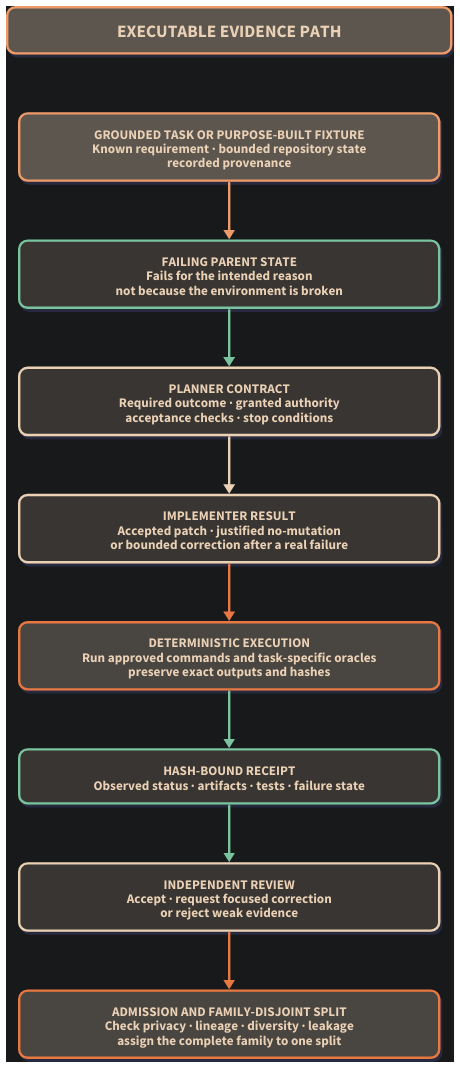
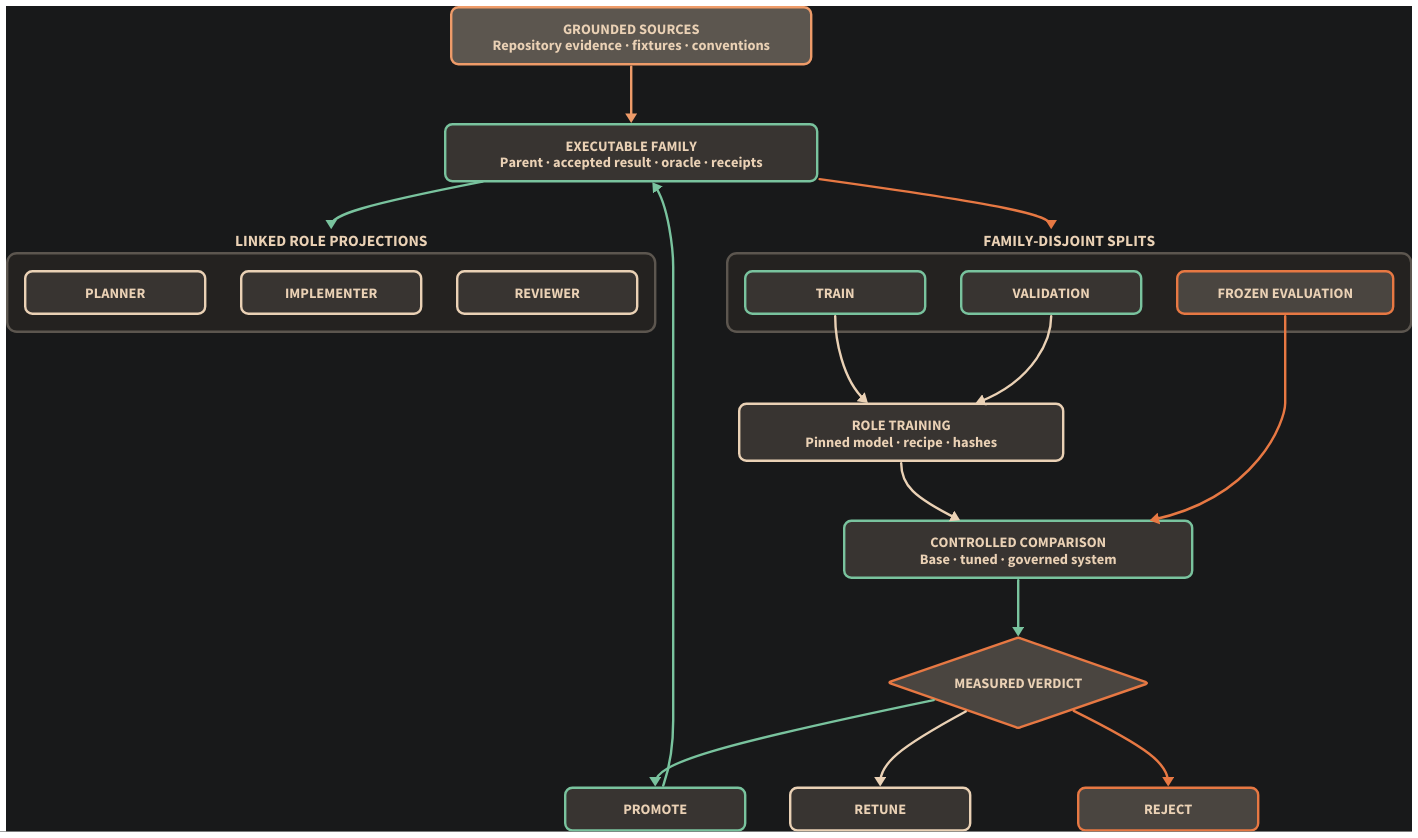
The diagram in docs/diagrams/03_executable_evidence_path.d2 (evoclock/local-model-workforce), drawn with D2 before and after one commit. The commit also changed 43 other files, not shown here.

Commit message:
publish local model workforce evidence

```diff
--- a/docs/diagrams/03_executable_evidence_path.d2
+++ b/docs/diagrams/03_executable_evidence_path.d2
@@ -1,29 +1,45 @@
-# Public corpus diagram. Uses the shared Local Model Workforce palette.
+# Public corpus, training, and evaluation map.
 direction: down
 style.fill: "#18191a"
-
 classes: {
-  posture: { style: { fill: "#5c564f"; stroke: "#ee9b69"; stroke-width: 4; border-radius: 14; font-color: "#ead1b5"; font-size: 22; bold: true; shadow: true } }
-  evidence: { style: { fill: "#383431"; stroke: "#79c39e"; stroke-width: 4; border-radius: 14; font-color: "#ead1b5"; font-size: 22; bold: true; shadow: true } }
-  control: { style: { fill: "#4a4540"; stroke: "#e77843"; stroke-width: 4; border-radius: 14; font-color: "#ead1b5"; font-size: 22; bold: true; shadow: true } }
-  role: { style: { fill: "#383431"; stroke: "#ead1b5"; stroke-width: 4; border-radius: 14; font-color: "#ead1b5"; font-size: 22; bold: true; shadow: true } }
+ source: { style: { fill: "#5c564f"; stroke: "#ee9b69"; stroke-width: 4; border-radius: 12; font-color: "#ead1b5"; font-size: 24; bold: true } }
+ evidence: { style: { fill: "#383431"; stroke: "#79c39e"; stroke-width: 4; border-radius: 12; font-color: "#ead1b5"; font-size: 24; bold: true } }
+ role: { style: { fill: "#383431"; stroke: "#ead1b5"; stroke-width: 4; border-radius: 12; font-color: "#ead1b5"; font-size: 24; bold: true } }
+ control: { style: { fill: "#4a4540"; stroke: "#e77843"; stroke-width: 4; border-radius: 12; font-color: "#ead1b5"; font-size: 24; bold: true } }
 }
-
-title: "EXECUTABLE EVIDENCE PATH" { class: posture; style.font-size: 29; width: 740 }
-source: "GROUNDED TASK OR PURPOSE-BUILT FIXTURE\nKnown requirement · bounded repository state\nrecorded provenance" { class: posture; width: 700 }
-parent: "FAILING PARENT STATE\nFails for the intended reason\nnot because the environment is broken" { class: evidence; width: 700 }
-dispatch: "PLANNER CONTRACT\nRequired outcome · granted authority\nacceptance checks · stop conditions" { class: role; width: 700 }
-implementation: "IMPLEMENTER RESULT\nAccepted patch · justified no-mutation\nor bounded correction after a real failure" { class: role; width: 700 }
-execution: "DETERMINISTIC EXECUTION\nRun approved commands and task-specific oracles\npreserve exact outputs and hashes" { class: control; width: 700 }
-receipt: "HASH-BOUND RECEIPT\nObserved status · artifacts · tests · failure state" { class: evidence; width: 700 }
-review: "INDEPENDENT REVIEW\nAccept · request focused correction\nor reject weak evidence" { class: role; width: 700 }
-admission: "ADMISSION AND FAMILY-DISJOINT SPLIT\nCheck privacy · lineage · diversity · leakage\nassign the complete family to one split" { class: control; width: 700 }
-
-title -> source: { style.opacity: 0 }
-source -> parent: { style.stroke: "#ee9b69"; style.stroke-width: 4 }
-parent -> dispatch: { style.stroke: "#79c39e"; style.stroke-width: 4 }
-dispatch -> implementation: { style.stroke: "#ead1b5"; style.stroke-width: 4 }
-implementation -> execution: { style.stroke: "#e77843"; style.stroke-width: 4 }
-execution -> receipt: { style.stroke: "#79c39e"; style.stroke-width: 4 }
-receipt -> review: { style.stroke: "#79c39e"; style.stroke-width: 4 }
-review -> admission: { style.stroke: "#e77843"; style.stroke-width: 4 }
+inputs: "GROUNDED SOURCES\nRepository evidence · fixtures · conventions" { class: source; width: 600 }
+family: "EXECUTABLE FAMILY\nParent · accepted result · oracle · receipts" { class: evidence; width: 620 }
+roles: {
+ label: "LINKED ROLE PROJECTIONS"
+ direction: right
+ style: { fill: "#242220"; stroke: "#5c564f"; stroke-width: 4; border-radius: 16; font-color: "#ead1b5"; font-size: 26; bold: true }
+ planner: "PLANNER" { class: role; width: 300 }
+ implementer: "IMPLEMENTER" { class: role; width: 300 }
+ reviewer: "REVIEWER" { class: role; width: 300 }
+}
+splits: {
+ label: "FAMILY-DISJOINT SPLITS"
+ direction: right
+ style: { fill: "#242220"; stroke: "#5c564f"; stroke-width: 4; border-radius: 16; font-color: "#ead1b5"; font-size: 26; bold: true }
+ train: "TRAIN" { class: evidence; width: 300 }
+ validation: "VALIDATION" { class: evidence; width: 300 }
+ frozen: "FROZEN EVALUATION" { class: control; width: 360 }
+}
+training: "ROLE TRAINING\nPinned model · recipe · hashes" { class: role; width: 540 }
+comparison: "CONTROLLED COMPARISON\nBase · tuned · governed system" { class: evidence; width: 580 }
+verdict: "MEASURED VERDICT" { shape: diamond; class: control; width: 430; height: 150 }
+promote: "PROMOTE" { class: evidence; width: 300 }
+retune: "RETUNE" { class: role; width: 300 }
+reject: "REJECT" { class: control; width: 300 }
+inputs -> family: { style.stroke: "#ee9b69"; style.stroke-width: 4 }
+family -> roles: { style.stroke: "#79c39e"; style.stroke-width: 4 }
+family -> splits: { style.stroke: "#e77843"; style.stroke-width: 4 }
+splits.train -> training: { style.stroke: "#ead1b5"; style.stroke-width: 4 }
+splits.validation -> training: { style.stroke: "#ead1b5"; style.stroke-width: 4 }
+training -> comparison: { style.stroke: "#ead1b5"; style.stroke-width: 4 }
+splits.frozen -> comparison: { style.stroke: "#e77843"; style.stroke-width: 4 }
+comparison -> verdict: { style.stroke: "#79c39e"; style.stroke-width: 4 }
+verdict -> promote: { style.stroke: "#79c39e"; style.stroke-width: 4 }
+verdict -> retune: { style.stroke: "#ead1b5"; style.stroke-width: 4 }
+verdict -> reject: { style.stroke: "#e77843"; style.stroke-width: 4 }
+promote -> family: { style.stroke: "#79c39e"; style.stroke-width: 4 }
```
